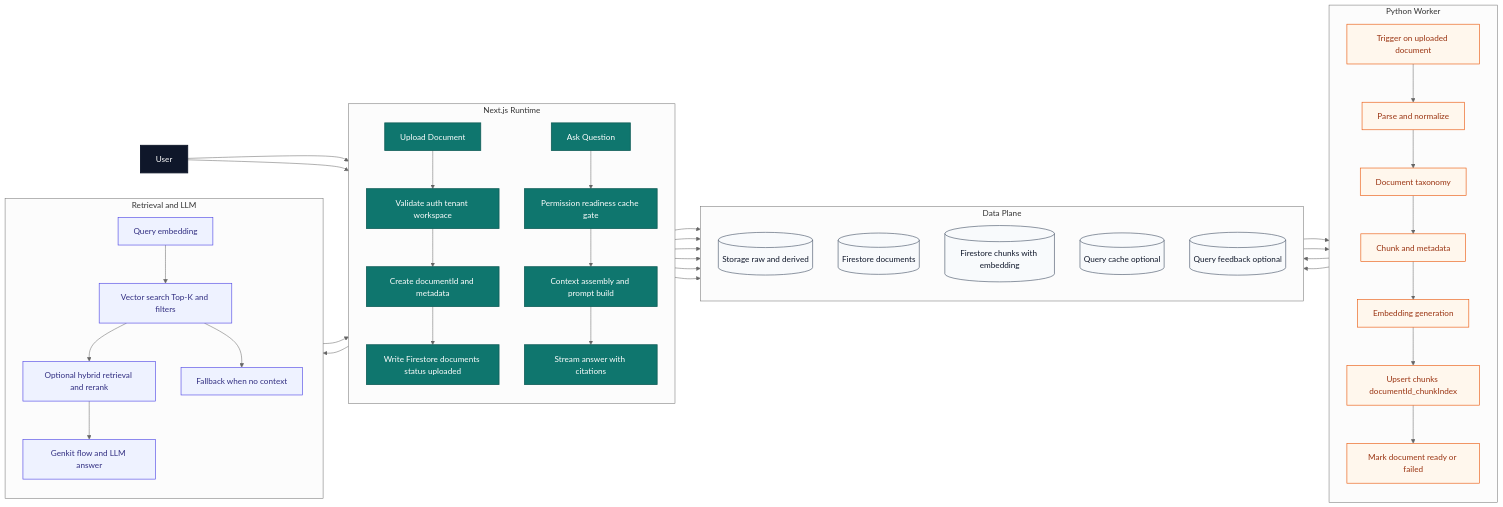
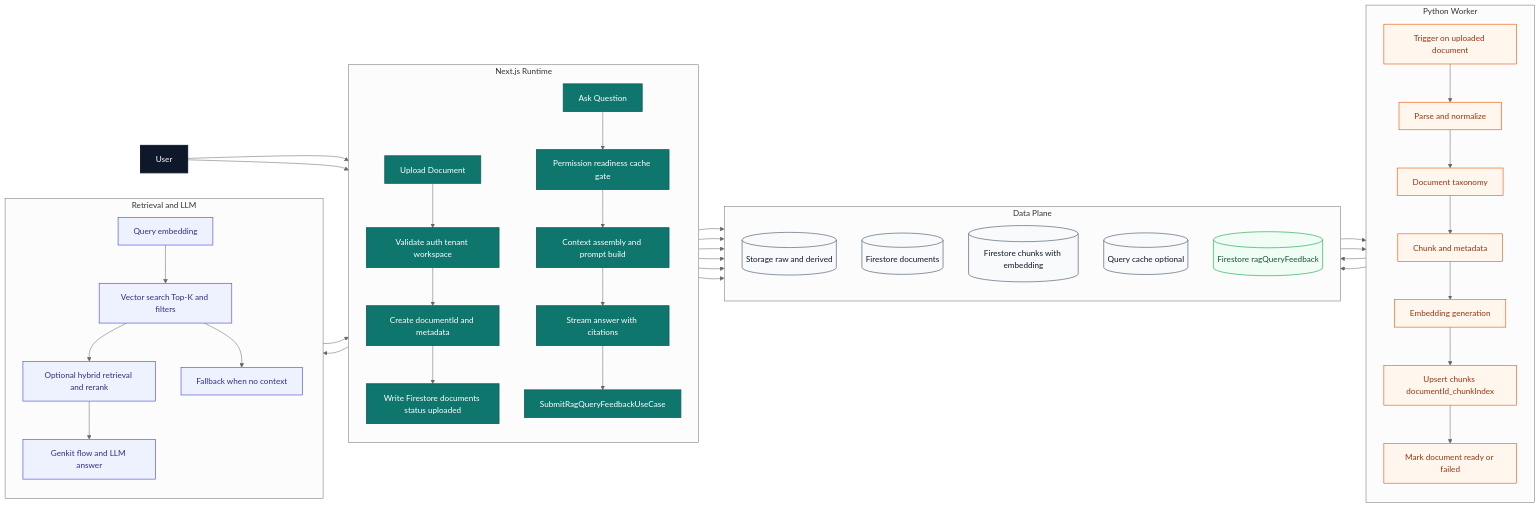
One commit to 122sp7/xuanwu-app changed the diagram in docs/diagrams/rag-enterprise-e2e.mermaid. Above: the diagram before and after it, drawn with Mermaid (neutral theme). The commit also changed 15 other files, not shown here.

First line of the commit message:
feat: auto-link use case, RAG feedback loop, onboarding diagram, MVP milestone scope

```diff
--- a/docs/diagrams/rag-enterprise-e2e.mermaid
+++ b/docs/diagrams/rag-enterprise-e2e.mermaid
@@ -1,77 +1,80 @@
 %% Xuanwu consolidated RAG E2E (merged)
 %% Merged sources: rag-enterprise-e2e + api-data-flow + core-logic
 
 flowchart LR
     User[User] --> Upload[Upload Document]
     User --> Query[Ask Question]
 
     subgraph NextRuntime[Next.js Runtime]
         direction TB
         Upload --> ValidateScope[Validate auth tenant workspace]
         ValidateScope --> CreateDoc[Create documentId and metadata]
         CreateDoc --> WriteMeta[Write Firestore documents status uploaded]
         Query --> QueryGate[Permission readiness cache gate]
         QueryGate --> BuildPrompt[Context assembly and prompt build]
         BuildPrompt --> StreamAnswer[Stream answer with citations]
+        StreamAnswer --> FeedbackAction[SubmitRagQueryFeedbackUseCase]
     end
 
     subgraph DataPlane[Data Plane]
         direction TB
         Storage[(Storage raw and derived)]
         Documents[(Firestore documents)]
         Chunks[(Firestore chunks with embedding)]
         QueryCache[(Query cache optional)]
-        QueryFeedback[(Query feedback optional)]
+        FeedbackStore[(Firestore ragQueryFeedback)]
     end
 
     subgraph WorkerPlane[Python Worker]
         direction TB
         Trigger[Trigger on uploaded document]
         Parse[Parse and normalize]
         Taxonomy[Document taxonomy]
         Chunking[Chunk and metadata]
         Embedding[Embedding generation]
         Persist[Upsert chunks documentId_chunkIndex]
         MarkReady[Mark document ready or failed]
     end
 
     subgraph Retrieval[Retrieval and LLM]
         direction TB
         QueryEmbedding[Query embedding]
         VectorSearch[Vector search Top-K and filters]
         Hybrid[Optional hybrid retrieval and rerank]
         LLM[Genkit flow and LLM answer]
         NoContext[Fallback when no context]
     end
 
     WriteMeta --> Documents
     CreateDoc --> Storage
     Documents --> Trigger
     Storage --> Trigger
 
     Trigger --> Parse --> Taxonomy --> Chunking --> Embedding --> Persist --> MarkReady
     Persist --> Chunks
     MarkReady --> Documents
 
     QueryGate --> Documents
     QueryGate --> Chunks
     QueryGate --> QueryCache
 
     BuildPrompt --> QueryEmbedding --> VectorSearch
     VectorSearch --> Hybrid
     VectorSearch --> NoContext
     Hybrid --> LLM
     LLM --> StreamAnswer
-    StreamAnswer --> QueryFeedback
+    FeedbackAction --> FeedbackStore
 
     classDef actor fill:#0f172a,stroke:#0f172a,color:#ffffff,stroke-width:1.8px;
     classDef runtime fill:#0f766e,stroke:#115e59,color:#ffffff,stroke-width:1.6px;
     classDef worker fill:#fff7ed,stroke:#ea580c,color:#9a3412,stroke-width:1.2px;
     classDef data fill:#f8fafc,stroke:#475569,color:#0f172a,stroke-width:1.2px;
     classDef retrieval fill:#eef2ff,stroke:#4f46e5,color:#312e81,stroke-width:1.2px;
+    classDef feedback fill:#f0fdf4,stroke:#16a34a,color:#14532d,stroke-width:1.2px;
 
     class User actor;
-    class Upload,Query,ValidateScope,CreateDoc,WriteMeta,QueryGate,BuildPrompt,StreamAnswer runtime;
+    class Upload,Query,ValidateScope,CreateDoc,WriteMeta,QueryGate,BuildPrompt,StreamAnswer,FeedbackAction runtime;
     class Trigger,Parse,Taxonomy,Chunking,Embedding,Persist,MarkReady worker;
-    class Storage,Documents,Chunks,QueryCache,QueryFeedback data;
+    class Storage,Documents,Chunks,QueryCache data;
     class QueryEmbedding,VectorSearch,Hybrid,LLM,NoContext retrieval;
+    class FeedbackStore feedback;
```
